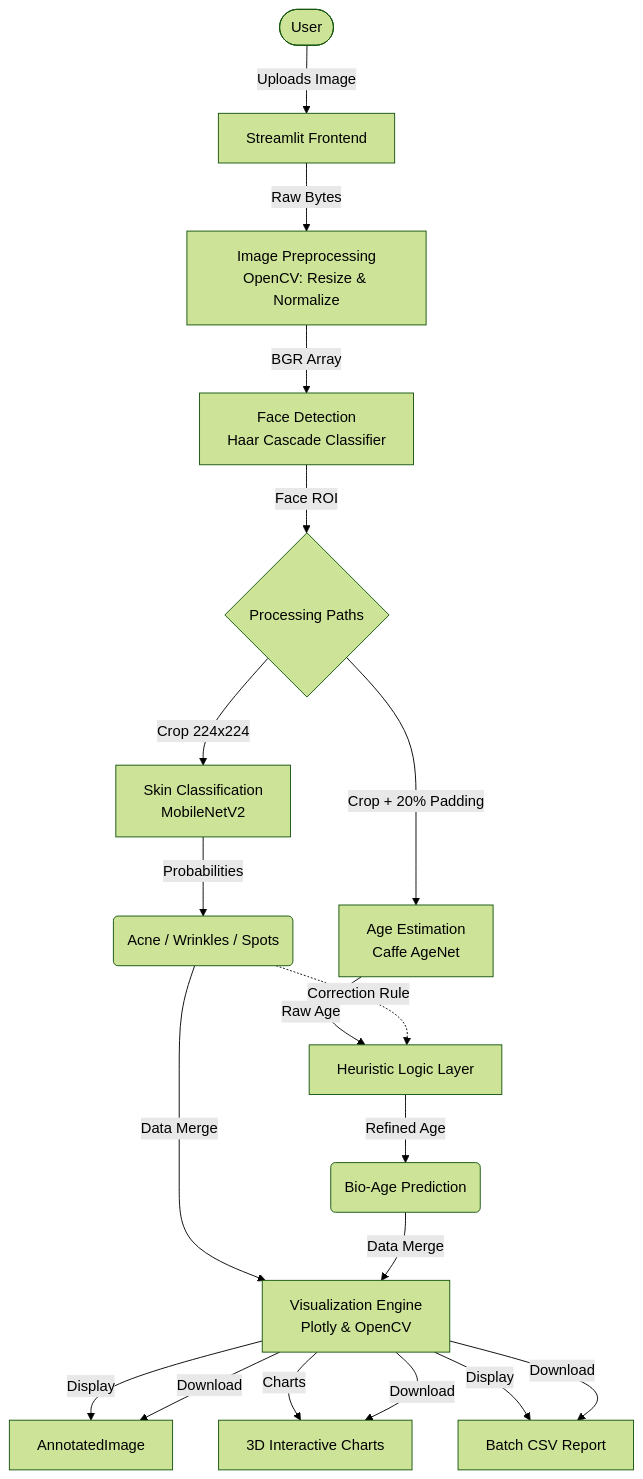
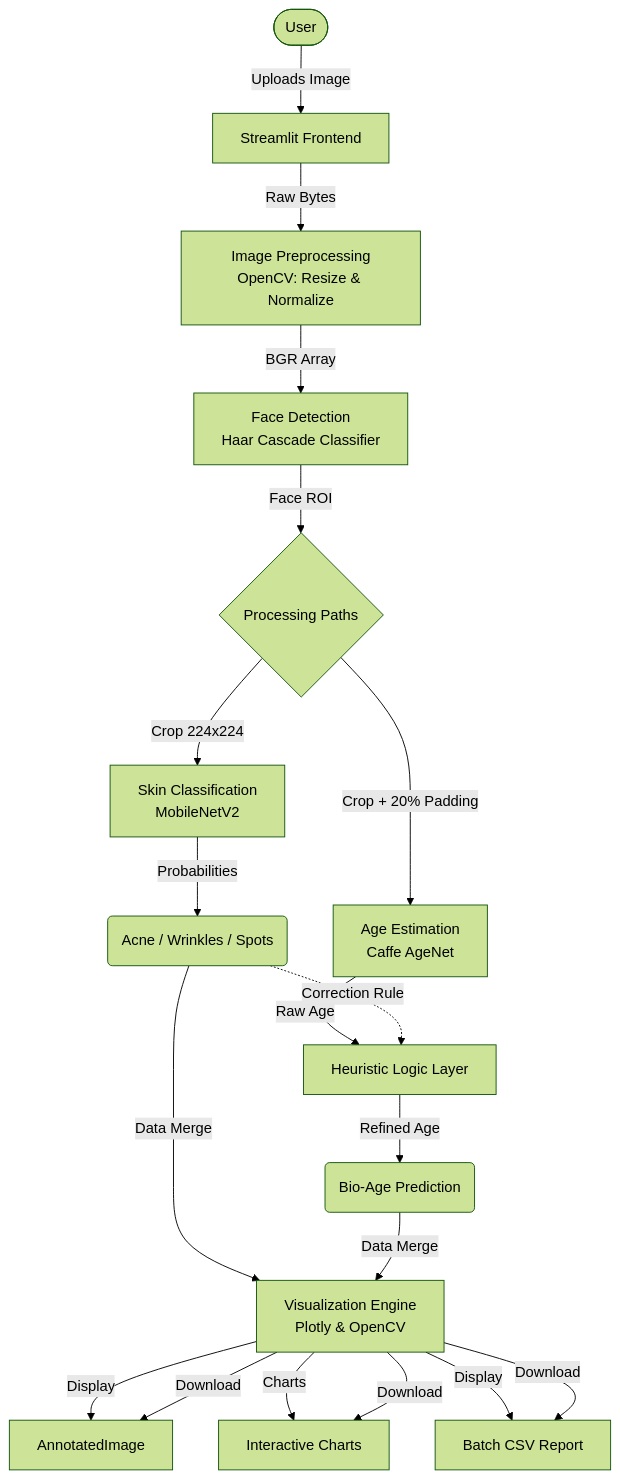
The diagram in README.md (Springboard-Mentor-DermalScan/AI-DermalScan_Batch9), drawn with Mermaid (forest theme) before and after one commit. The commit also changed other lines of this file, not shown here.

First line of the commit message:
Revise milestone section and update chart references

````diff
--- a/README.md
+++ b/README.md
@@ -57,32 +34,32 @@
 ```mermaid
 graph TD
     %% 1. Frontend Layer
     User([User]) -->|Uploads Image| UI[Streamlit Frontend]
     UI -->|Raw Bytes| Preproc[Image Preprocessing<br/>OpenCV: Resize & Normalize]
 
     %% 2. Detection Layer
     Preproc -->|BGR Array| Detect[Face Detection<br/>Haar Cascade Classifier]
 
     %% 3. Dual Inference Layer (The Core)
     Detect -->|Face ROI| Branch1{Processing Paths}
     
     %% Path A: Skin Analysis
     Branch1 -->|Crop 224x224| SkinModel[Skin Classification<br/>MobileNetV2]
     SkinModel -->|Probabilities| SkinResult(Acne / Wrinkles / Spots)
 
     %% Path B: Age Analysis
     Branch1 -->|Crop + 20% Padding| AgeModel[Age Estimation<br/>Caffe AgeNet]
     AgeModel -->|Raw Age| Logic[Heuristic Logic Layer]
     SkinResult -.->|Correction Rule| Logic
     Logic -->|Refined Age| AgeResult(Bio-Age Prediction)
 
     %% 4. Output Layer
     SkinResult & AgeResult -->|Data Merge| visual[Visualization Engine<br/>Plotly & OpenCV]
     
     visual -->|Display| FinalImg[Annotated Image]
     visual -->|Download| FinalImg[AnnotatedImage]
-    visual -->|Charts| Charts[3D Interactive Charts]
-    visual -->|Download| Charts[3D Interactive Charts]
+    visual -->|Charts| Charts[Interactive Charts]
+    visual -->|Download| Charts[Interactive Charts]
     visual -->|Display| Report[Tabular Batch Report]
     visual -->|Download| Report[Batch CSV Report]
 ```
````
